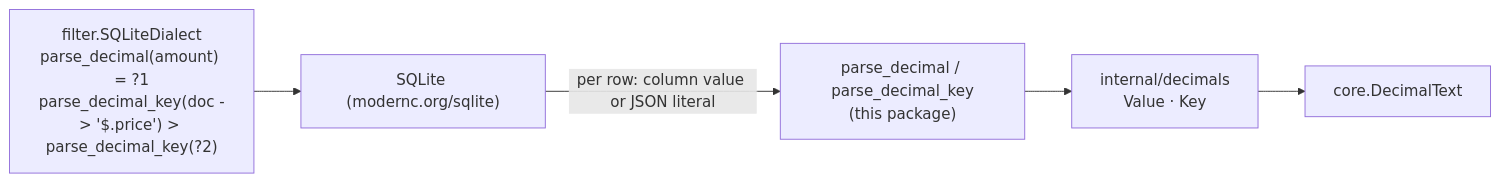
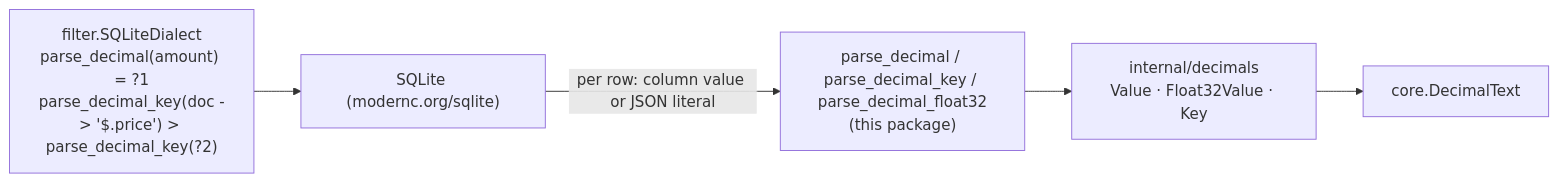
Before and after one commit to ashtonian/pkg: the diagram in parse/parsesqlite/README.md, drawn with Mermaid. The commit also changed other lines of this file and 17 other files, not shown here.

````diff
--- a/parse/parsesqlite/README.md
+++ b/parse/parsesqlite/README.md
@@ -20,7 +20,7 @@
 ```mermaid
 flowchart LR
     plan["filter.SQLiteDialect<br/>parse_decimal(amount) = ?1<br/>parse_decimal_key(doc -> '$.price') > parse_decimal_key(?2)"] --> sqlite["SQLite (modernc.org/sqlite)"]
-    sqlite -->|"per row: column value or JSON literal"| fns["parse_decimal / parse_decimal_key<br/>(this package)"]
-    fns --> dec["internal/decimals<br/>Value · Key"]
+    sqlite -->|"per row: column value or JSON literal"| fns["parse_decimal / parse_decimal_key / parse_decimal_float32<br/>(this package)"]
+    fns --> dec["internal/decimals<br/>Value · Float32Value · Key"]
     dec --> core["core.DecimalText"]
 ```
````
